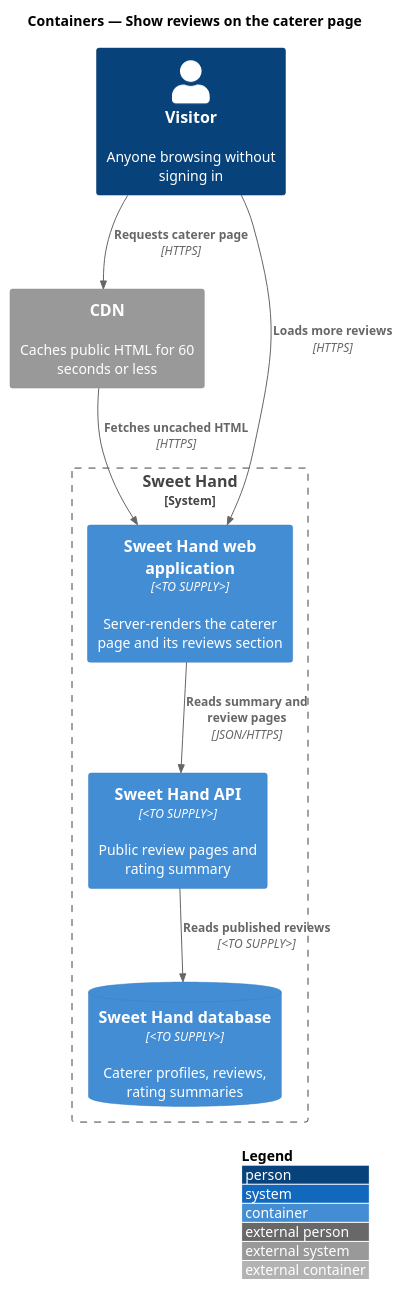
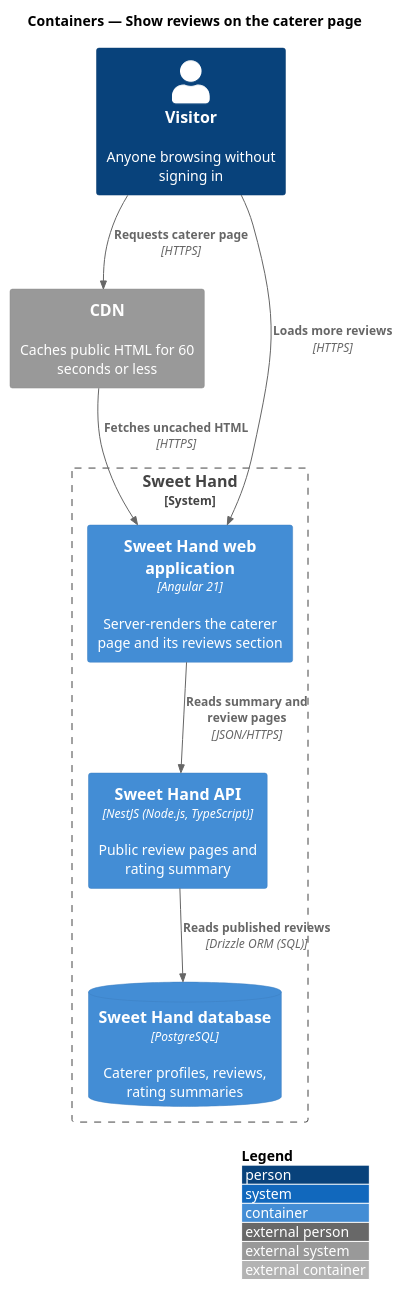
Before and after one commit to QuinntyneBrown/sweet-hand: the diagram in docs/detailed-designs/reviews/show-reviews/diagrams/c4-container.puml, drawn with PlantUML. The commit also changed 21 other files, not shown here.

```diff
--- a/docs/detailed-designs/reviews/show-reviews/diagrams/c4-container.puml
+++ b/docs/detailed-designs/reviews/show-reviews/diagrams/c4-container.puml
@@ -1,18 +1,18 @@
 @startuml
 !include <C4/C4_Container>
 LAYOUT_WITH_LEGEND()
 title Containers — Show reviews on the caterer page
 
 Person(visitor, "Visitor", "Anyone browsing without signing in")
 System_Ext(cdn, "CDN", "Caches public HTML for 60 seconds or less")
 System_Boundary(sweethand, "Sweet Hand") {
-  Container(web, "Sweet Hand web application", "<TO SUPPLY>", "Server-renders the caterer page and its reviews section")
-  Container(api, "Sweet Hand API", "<TO SUPPLY>", "Public review pages and rating summary")
-  ContainerDb(db, "Sweet Hand database", "<TO SUPPLY>", "Caterer profiles, reviews, rating summaries")
+  Container(web, "Sweet Hand web application", "Angular 21", "Server-renders the caterer page and its reviews section")
+  Container(api, "Sweet Hand API", "NestJS (Node.js, TypeScript)", "Public review pages and rating summary")
+  ContainerDb(db, "Sweet Hand database", "PostgreSQL", "Caterer profiles, reviews, rating summaries")
 }
 Rel(visitor, cdn, "Requests caterer page", "HTTPS")
 Rel(cdn, web, "Fetches uncached HTML", "HTTPS")
 Rel(visitor, web, "Loads more reviews", "HTTPS")
 Rel(web, api, "Reads summary and review pages", "JSON/HTTPS")
-Rel(api, db, "Reads published reviews", "<TO SUPPLY>")
+Rel(api, db, "Reads published reviews", "Drizzle ORM (SQL)")
 @enduml
```
